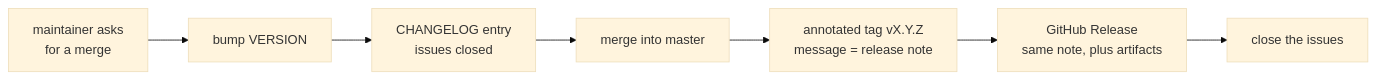
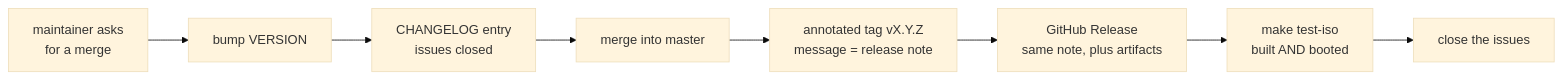
Before and after one commit to andrediashexa/prismarouting: the second of 2 diagrams in CONTRIBUTING.md, drawn with Mermaid (base theme). The commit also changed other lines of this file, not shown here.

````diff
--- a/CONTRIBUTING.md
+++ b/CONTRIBUTING.md
@@ -227,9 +244,10 @@
 ```mermaid
 flowchart LR
     A["maintainer asks<br/>for a merge"] --> B["bump VERSION"]
     B --> C["CHANGELOG entry<br/>issues closed"]
     C --> D["merge into master"]
     D --> E["annotated tag vX.Y.Z<br/>message = release note"]
     E --> F["GitHub Release<br/>same note, plus artifacts"]
-    F --> G["close the issues"]
+    F --> H["make test-iso<br/>built AND booted"]
+    H --> G["close the issues"]
 ```
````
